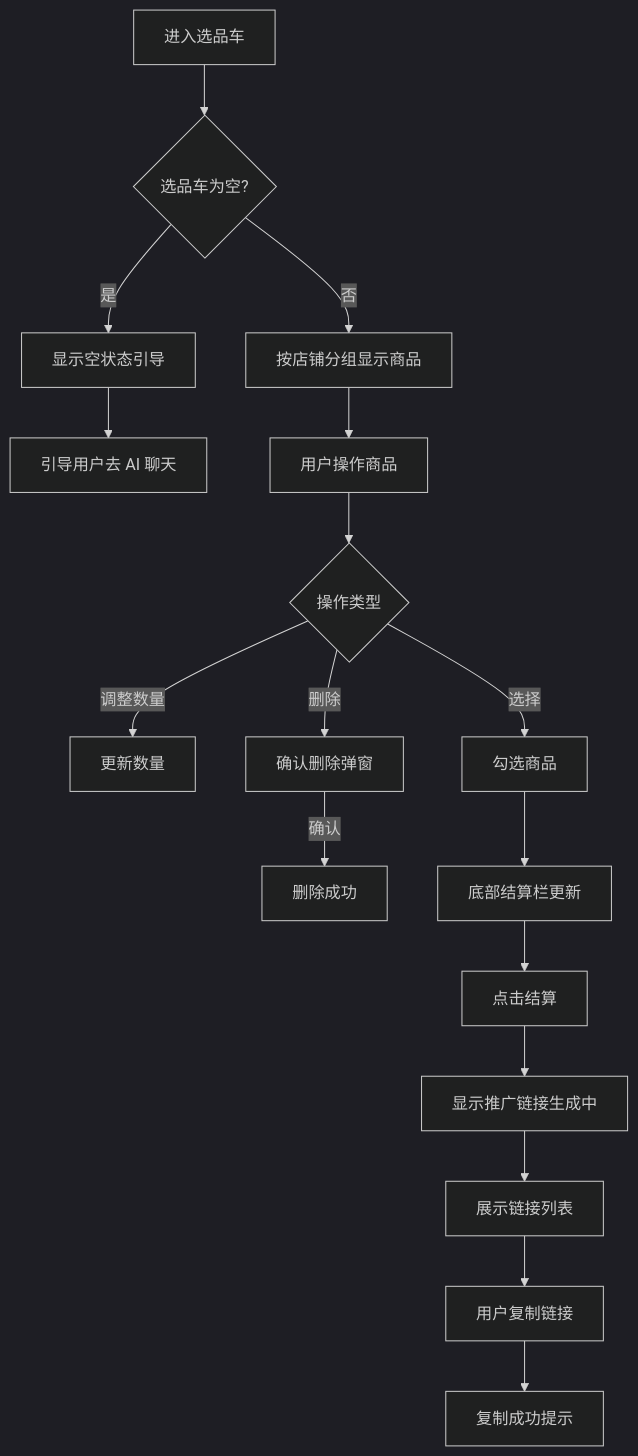
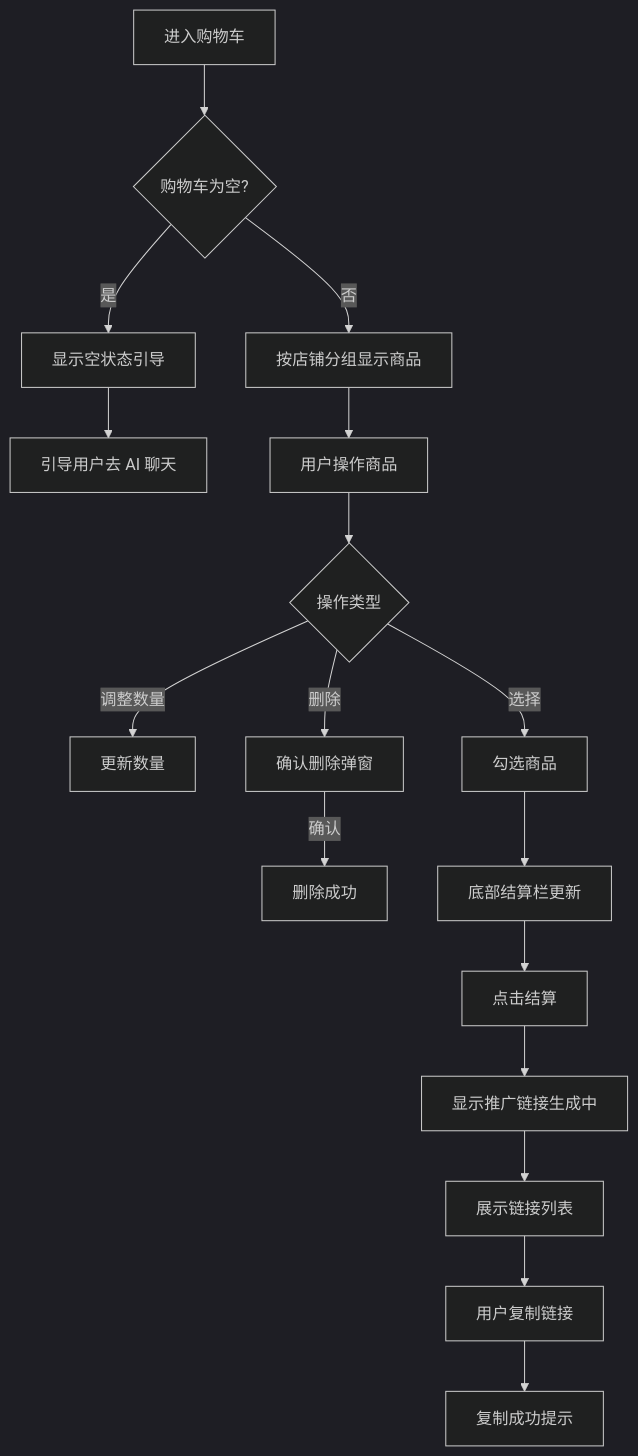
Before and after one commit to chyinan/WisePick: the third of 4 diagrams in docs/front-end-spec.md, drawn with Mermaid (dark theme). The commit also changed other lines of this file and 65 other files, not shown here.

````diff
--- a/docs/front-end-spec.md
+++ b/docs/front-end-spec.md
@@ -236,19 +236,19 @@
 ```mermaid
 graph TD
-    A[进入选品车] --> B{选品车为空?}
+    A[进入购物车] --> B{购物车为空?}
     B -->|是| C[显示空状态引导]
     B -->|否| D[按店铺分组显示商品]
     C --> E[引导用户去 AI 聊天]
     D --> F[用户操作商品]
     F --> G{操作类型}
     G -->|调整数量| H[更新数量]
     G -->|删除| I[确认删除弹窗]
     G -->|选择| J[勾选商品]
     I -->|确认| K[删除成功]
     J --> L[底部结算栏更新]
     L --> M[点击结算]
     M --> N[显示推广链接生成中]
     N --> O[展示链接列表]
     O --> P[用户复制链接]
     P --> Q[复制成功提示]
 ```
````
